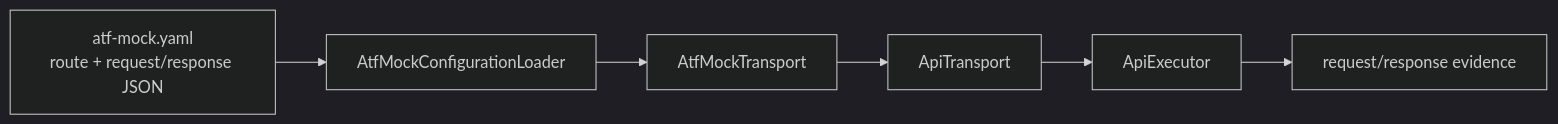
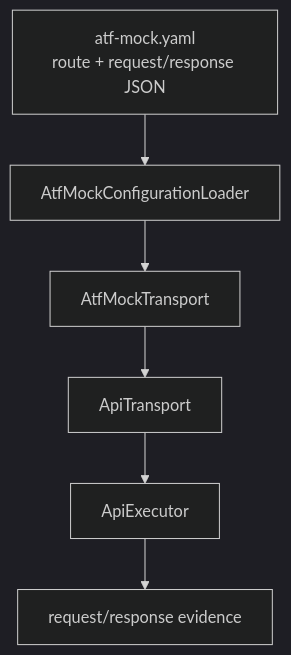
Before and after one commit to crististefanita/demo2: the diagram in atf-mock/README.md, drawn with Mermaid (dark theme). The commit also changed other lines of this file and 894 other files, not shown here.

````diff
--- a/atf-mock/README.md
+++ b/atf-mock/README.md
@@ -9,8 +17,8 @@
 ```mermaid
-flowchart LR
+flowchart TB
     Fixture[atf-mock.yaml<br/>route + request/response JSON] --> Loader[AtfMockConfigurationLoader]
     Loader --> Mock[AtfMockTransport]
     Mock --> Transport[ApiTransport]
     Transport --> Executor[ApiExecutor]
     Executor --> Evidence[request/response evidence]
 ```
````
